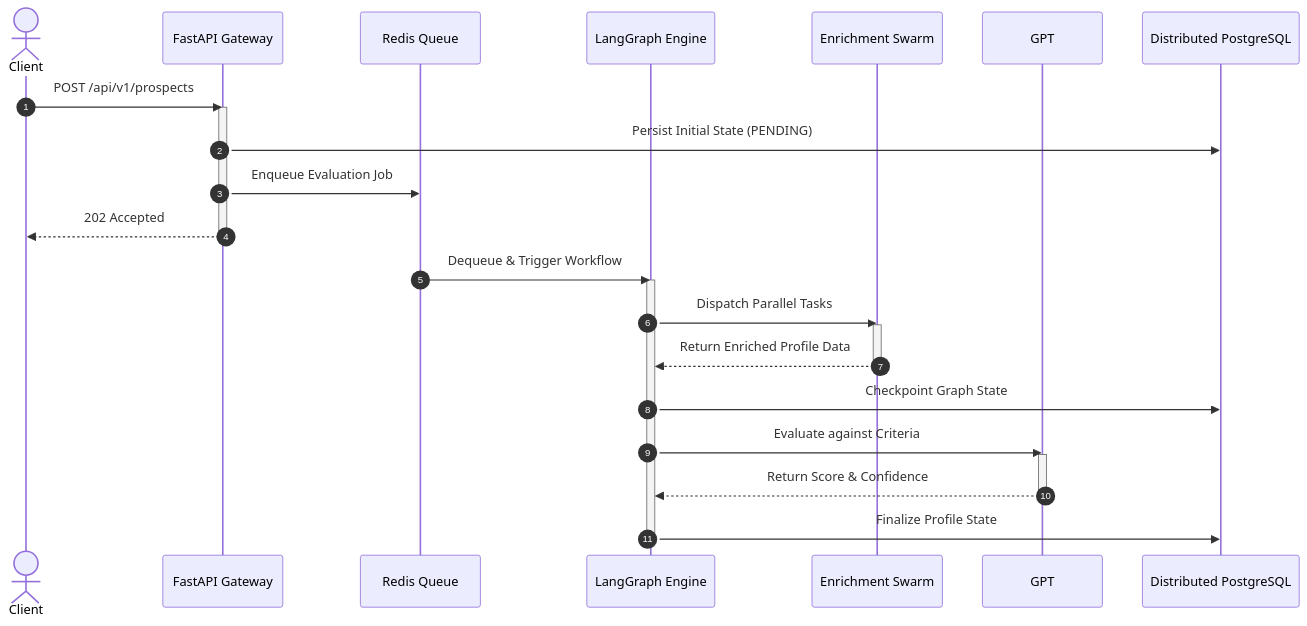
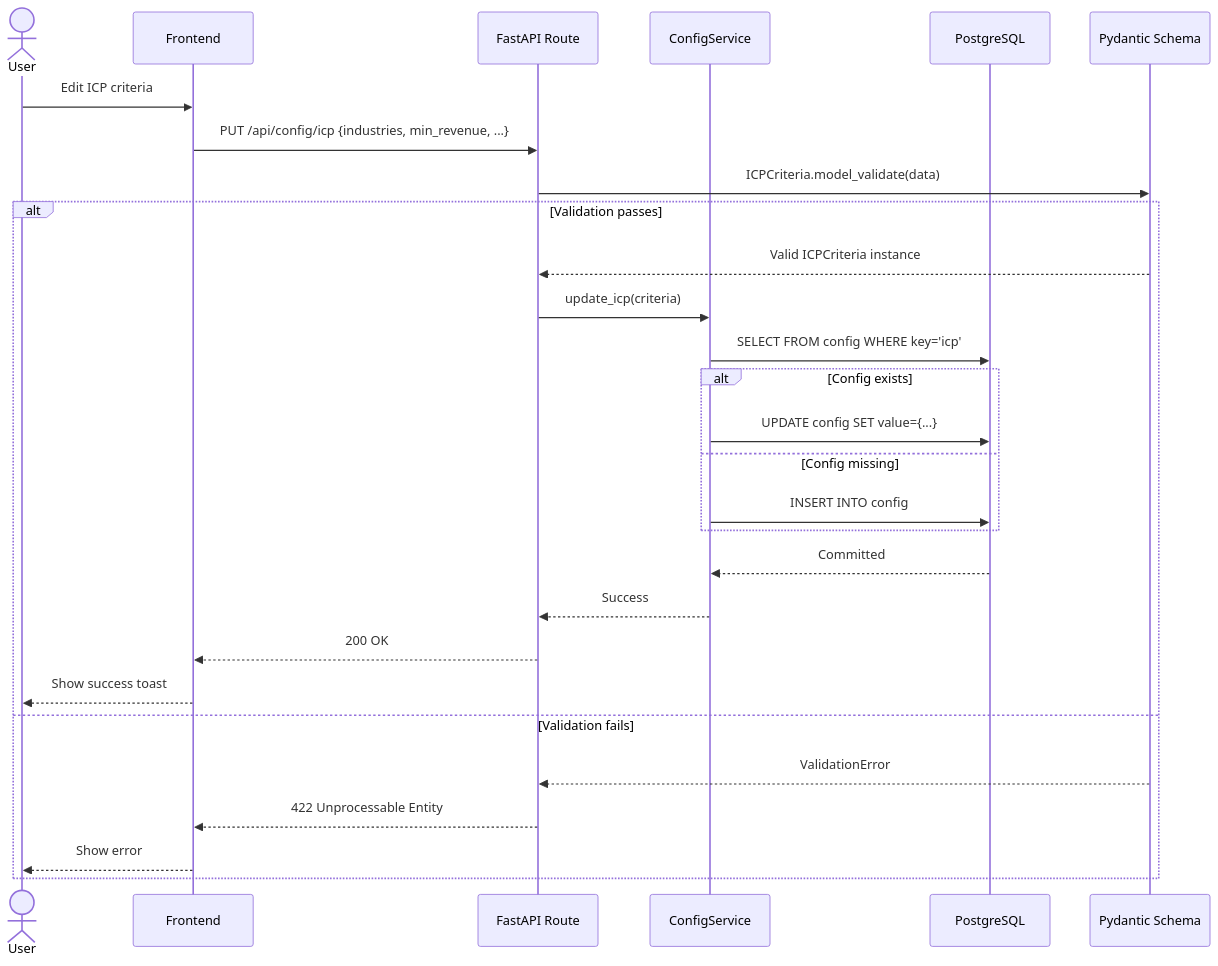
One commit to DeviPrasad7/Ideal-Customer-Profile-Agent changed the eighth of 9 diagrams in backend/SEQUENCE_FLOW.md. Above: the diagram before and after it, drawn with Mermaid. The commit also changed other lines of this file and 9 other files, not shown here.

Commit message:
docs: add comprehensive architectural documentation and project overview files

````diff
--- a/backend/SEQUENCE_FLOW.md
+++ b/backend/SEQUENCE_FLOW.md
@@ -16,36 +474,34 @@
 ```mermaid
 sequenceDiagram
-    autonumber
-    actor Client
-    participant API as FastAPI Gateway
-    participant Queue as Redis Queue
-    participant Orchestrator as LangGraph Engine
-    participant Scrapers as Enrichment Swarm
-    participant LLM as GPT
-    participant DB as Distributed PostgreSQL
+    actor User
+    participant FE as Frontend
+    participant API as FastAPI Route
+    participant CS as ConfigService
+    participant DB as PostgreSQL
+    participant Schema as Pydantic Schema
 
-    Client->>API: POST /api/v1/prospects
-    activate API
-    API->>DB: Persist Initial State (PENDING)
-    API->>Queue: Enqueue Evaluation Job
-    API-->>Client: 202 Accepted
-    deactivate API
+    User->>FE: Edit ICP criteria
+    FE->>API: PUT /api/config/icp {industries, min_revenue, ...}
+    API->>Schema: ICPCriteria.model_validate(data)
     
-    Queue->>Orchestrator: Dequeue & Trigger Workflow
-    activate Orchestrator
-    
-    Orchestrator->>Scrapers: Dispatch Parallel Tasks
-    activate Scrapers
-    Scrapers-->>Orchestrator: Return Enriched Profile Data
-    deactivate Scrapers
-    
-    Orchestrator->>DB: Checkpoint Graph State
-    
-    Orchestrator->>LLM: Evaluate against Criteria
-    activate LLM
-    LLM-->>Orchestrator: Return Score & Confidence
-    deactivate LLM
-    
-    Orchestrator->>DB: Finalize Profile State
-    deactivate Orchestrator
+    alt Validation passes
+        Schema-->>API: Valid ICPCriteria instance
+        API->>CS: update_icp(criteria)
+        CS->>DB: SELECT FROM config WHERE key='icp'
+        
+        alt Config exists
+            CS->>DB: UPDATE config SET value={...}
+        else Config missing
+            CS->>DB: INSERT INTO config
+        end
+        
+        DB-->>CS: Committed
+        CS-->>API: Success
+        API-->>FE: 200 OK
+        FE-->>User: Show success toast
+    else Validation fails
+        Schema-->>API: ValidationError
+        API-->>FE: 422 Unprocessable Entity
+        FE-->>User: Show error
+    end
 ```
````
